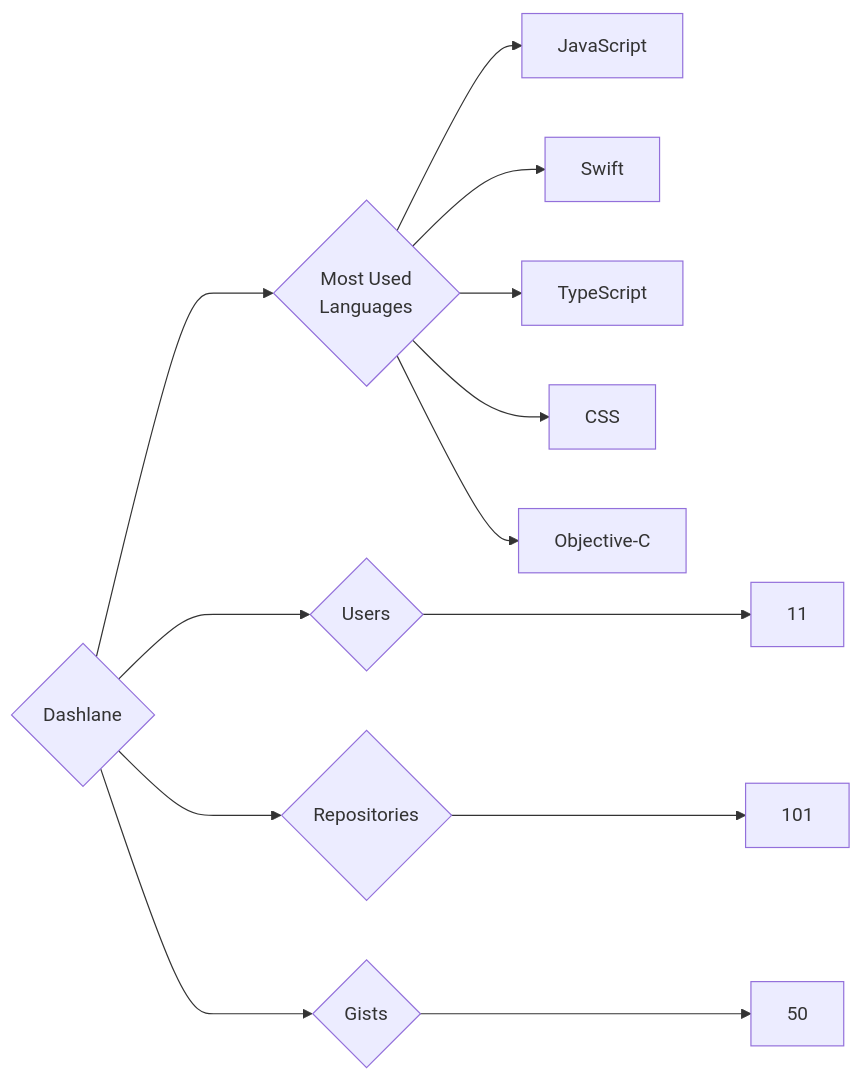
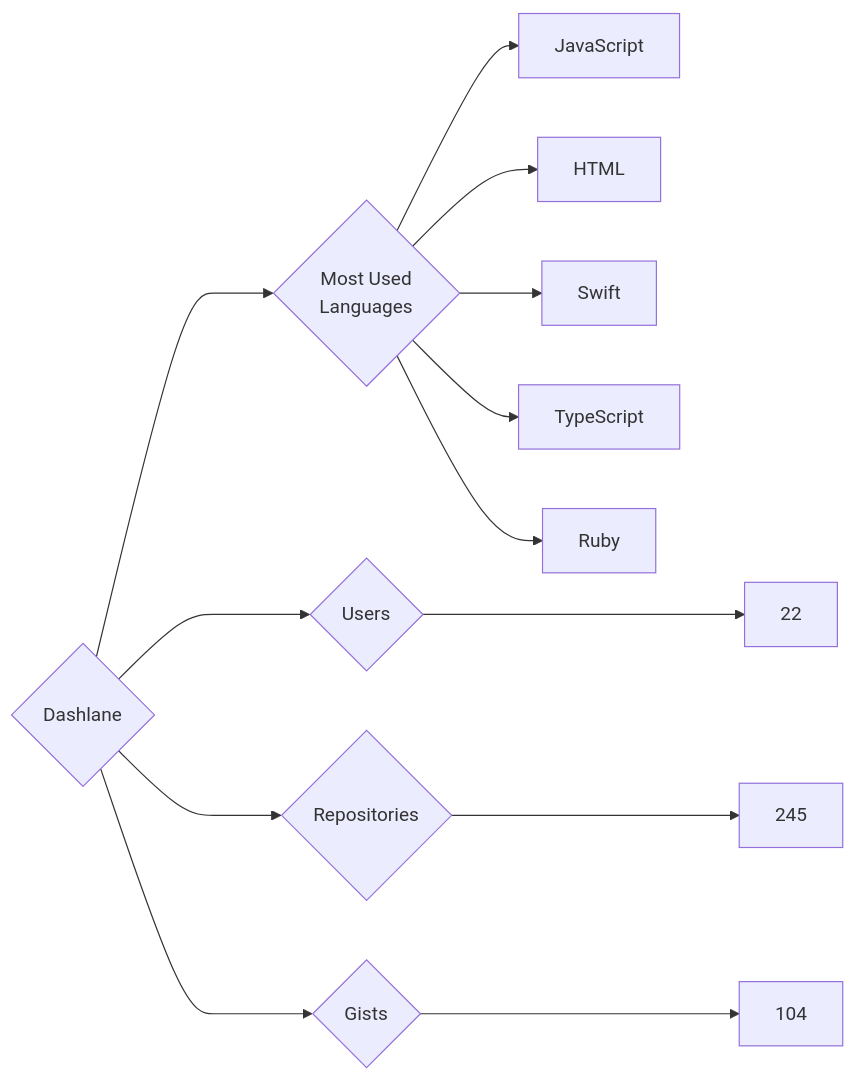
The diagram in targets/Dashlane/README.md (trickest/insiders), drawn with Mermaid before and after one commit. The commit also changed 914 other files, not shown here.

````diff
--- a/targets/Dashlane/README.md
+++ b/targets/Dashlane/README.md
@@ -3,13 +3,13 @@
 ```mermaid
 graph LR
 COMPANY_NAME{Dashlane}
-COMPANY_NAME ---> U{Users} ---> UN[11]
-COMPANY_NAME ---> R{Repositories} ---> RN[101]
-COMPANY_NAME ---> G{Gists} ---> GN[50]
+COMPANY_NAME ---> U{Users} ---> UN[22]
+COMPANY_NAME ---> R{Repositories} ---> RN[245]
+COMPANY_NAME ---> G{Gists} ---> GN[104]
 COMPANY_NAME ---> ML{Most Used<br>Languages}
 ML --> JavaScript[JavaScript]
+ML --> HTML[HTML]
 ML --> Swift[Swift]
 ML --> TypeScript[TypeScript]
-ML --> CSS[CSS]
-ML --> Objective-C[Objective-C]
+ML --> Ruby[Ruby]
 ```
````
